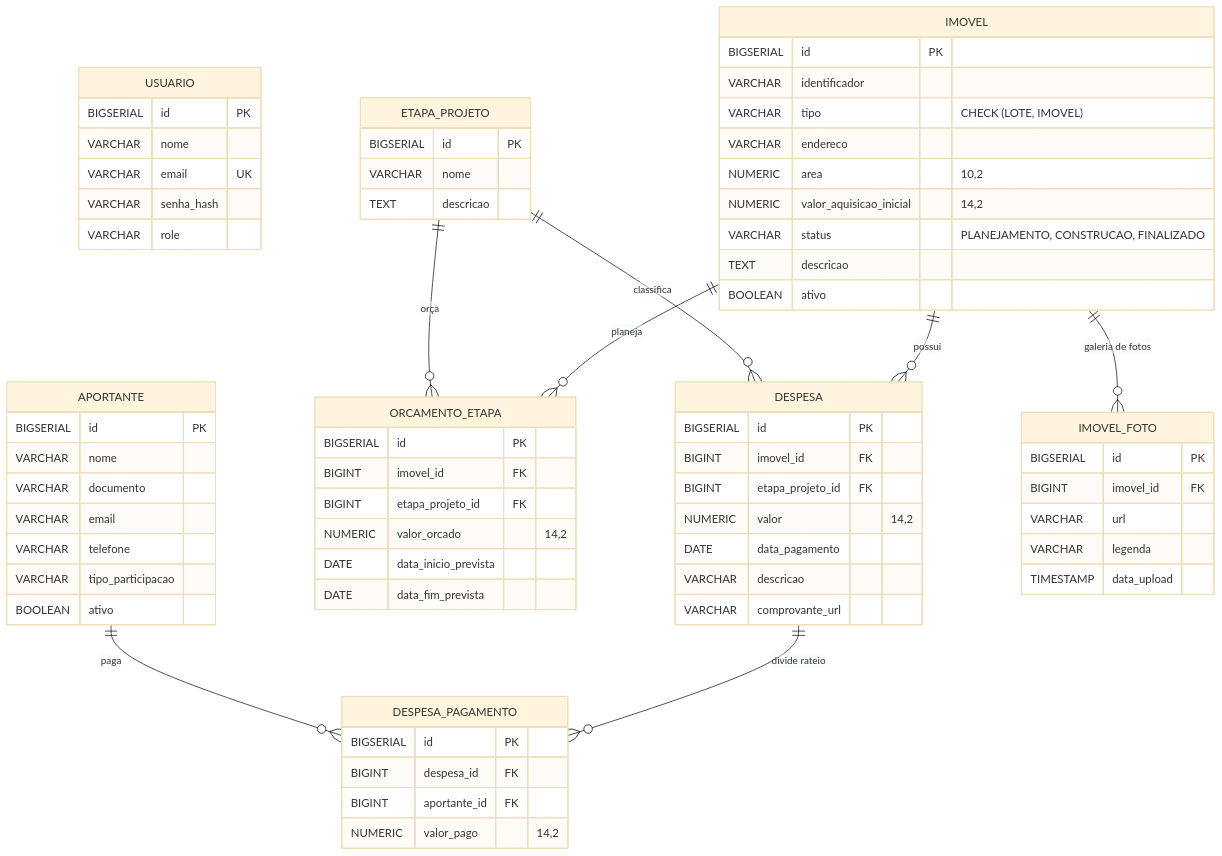
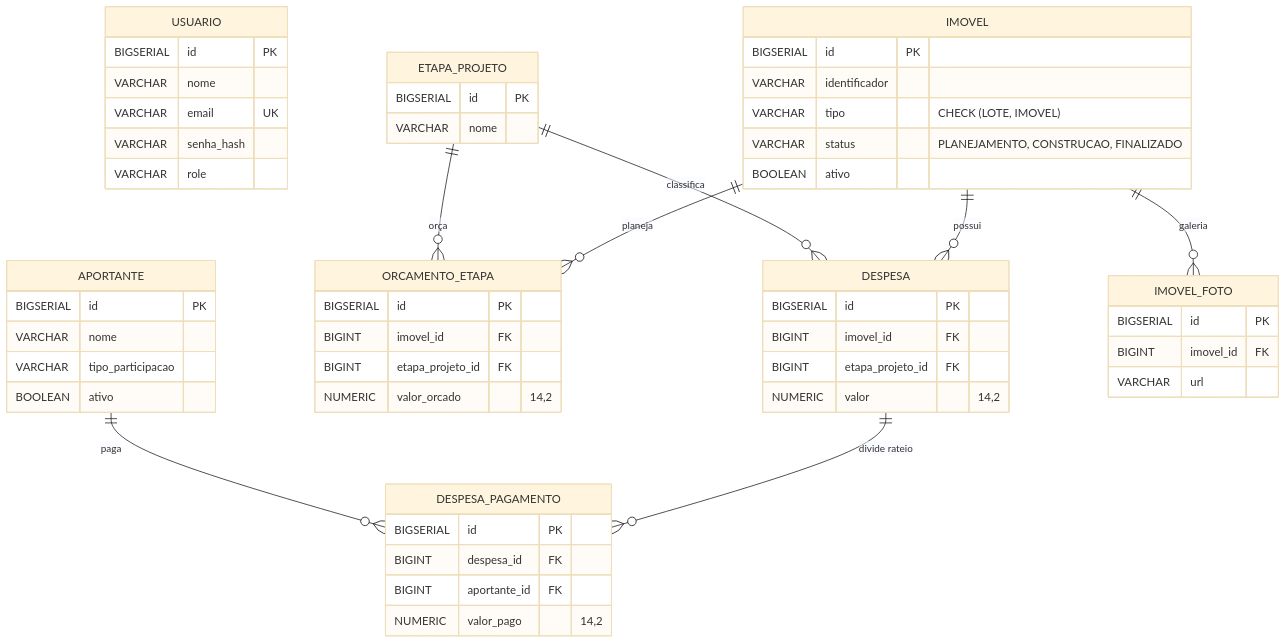
Before and after one commit to sergiogeneroso/gestao-custos-obras: the diagram in docs/MODELO-DADOS.md, drawn with Mermaid (base theme). The commit also changed other lines of this file and 12 other files, not shown here.

````diff
--- a/docs/MODELO-DADOS.md
+++ b/docs/MODELO-DADOS.md
@@ -9,80 +9,58 @@
 ```mermaid
 erDiagram
     USUARIO {
         BIGSERIAL id PK
         VARCHAR nome
         VARCHAR email UK
         VARCHAR senha_hash
         VARCHAR role
     }
-
     IMOVEL {
         BIGSERIAL id PK
         VARCHAR identificador
         VARCHAR tipo "CHECK (LOTE, IMOVEL)"
-        VARCHAR endereco
-        NUMERIC area "10,2"
-        NUMERIC valor_aquisicao_inicial "14,2"
         VARCHAR status "PLANEJAMENTO, CONSTRUCAO, FINALIZADO"
-        TEXT descricao
         BOOLEAN ativo
     }
-
     APORTANTE {
         BIGSERIAL id PK
         VARCHAR nome
-        VARCHAR documento
-        VARCHAR email
-        VARCHAR telefone
         VARCHAR tipo_participacao
         BOOLEAN ativo
     }
-
     ETAPA_PROJETO {
         BIGSERIAL id PK
         VARCHAR nome
-        TEXT descricao
     }
-
     ORCAMENTO_ETAPA {
         BIGSERIAL id PK
         BIGINT imovel_id FK
         BIGINT etapa_projeto_id FK
         NUMERIC valor_orcado "14,2"
-        DATE data_inicio_prevista
-        DATE data_fim_prevista
     }
-
     DESPESA {
         BIGSERIAL id PK
         BIGINT imovel_id FK
         BIGINT etapa_projeto_id FK
         NUMERIC valor "14,2"
-        DATE data_pagamento
-        VARCHAR descricao
-        VARCHAR comprovante_url
     }
-
     DESPESA_PAGAMENTO {
         BIGSERIAL id PK
         BIGINT despesa_id FK
         BIGINT aportante_id FK
         NUMERIC valor_pago "14,2"
     }
-
     IMOVEL_FOTO {
         BIGSERIAL id PK
         BIGINT imovel_id FK
         VARCHAR url
-        VARCHAR legenda
-        TIMESTAMP data_upload
     }
 
     IMOVEL ||--o{ DESPESA : "possui"
-    IMOVEL ||--o{ IMOVEL_FOTO : "galeria de fotos"
+    IMOVEL ||--o{ IMOVEL_FOTO : "galeria"
     ETAPA_PROJETO ||--o{ DESPESA : "classifica"
     IMOVEL ||--o{ ORCAMENTO_ETAPA : "planeja"
     ETAPA_PROJETO ||--o{ ORCAMENTO_ETAPA : "orça"
     DESPESA ||--o{ DESPESA_PAGAMENTO : "divide rateio"
     APORTANTE ||--o{ DESPESA_PAGAMENTO : "paga"
 ```
````
